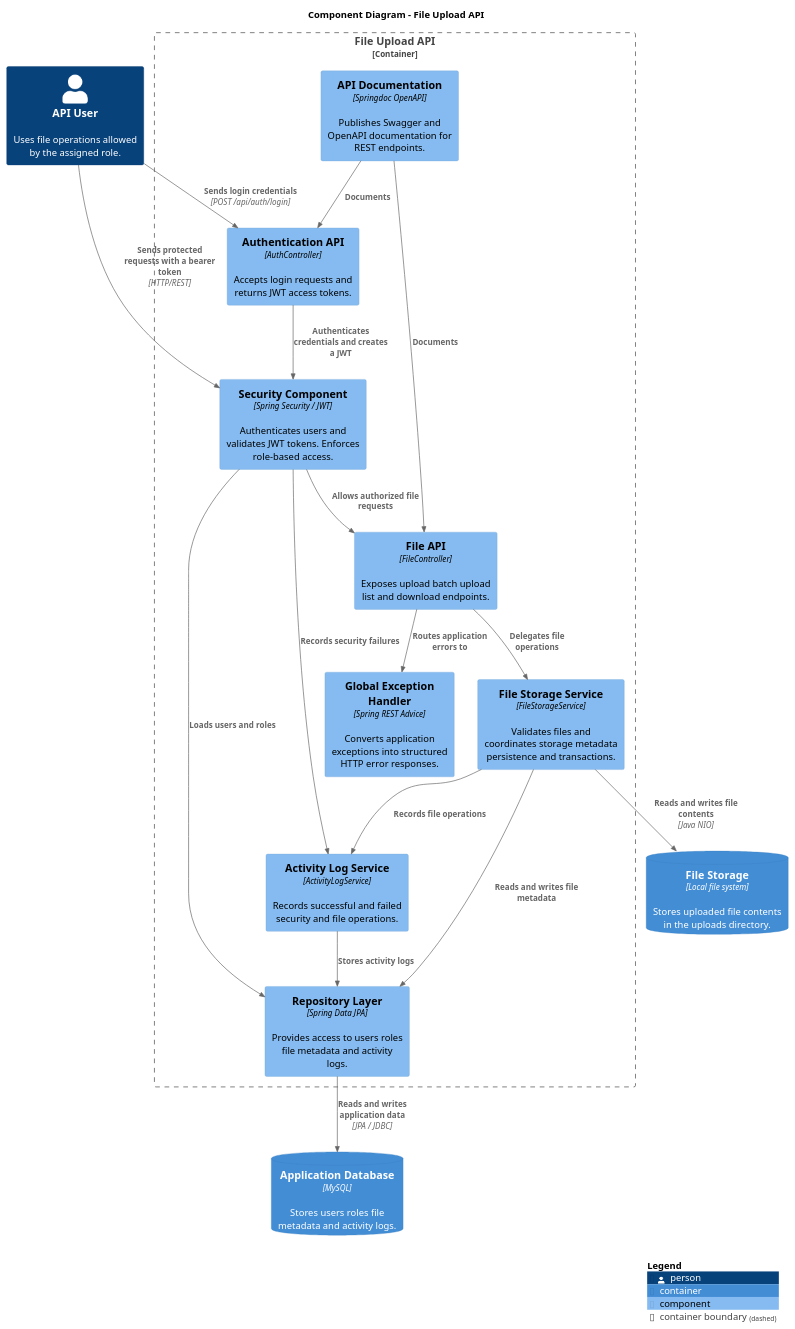
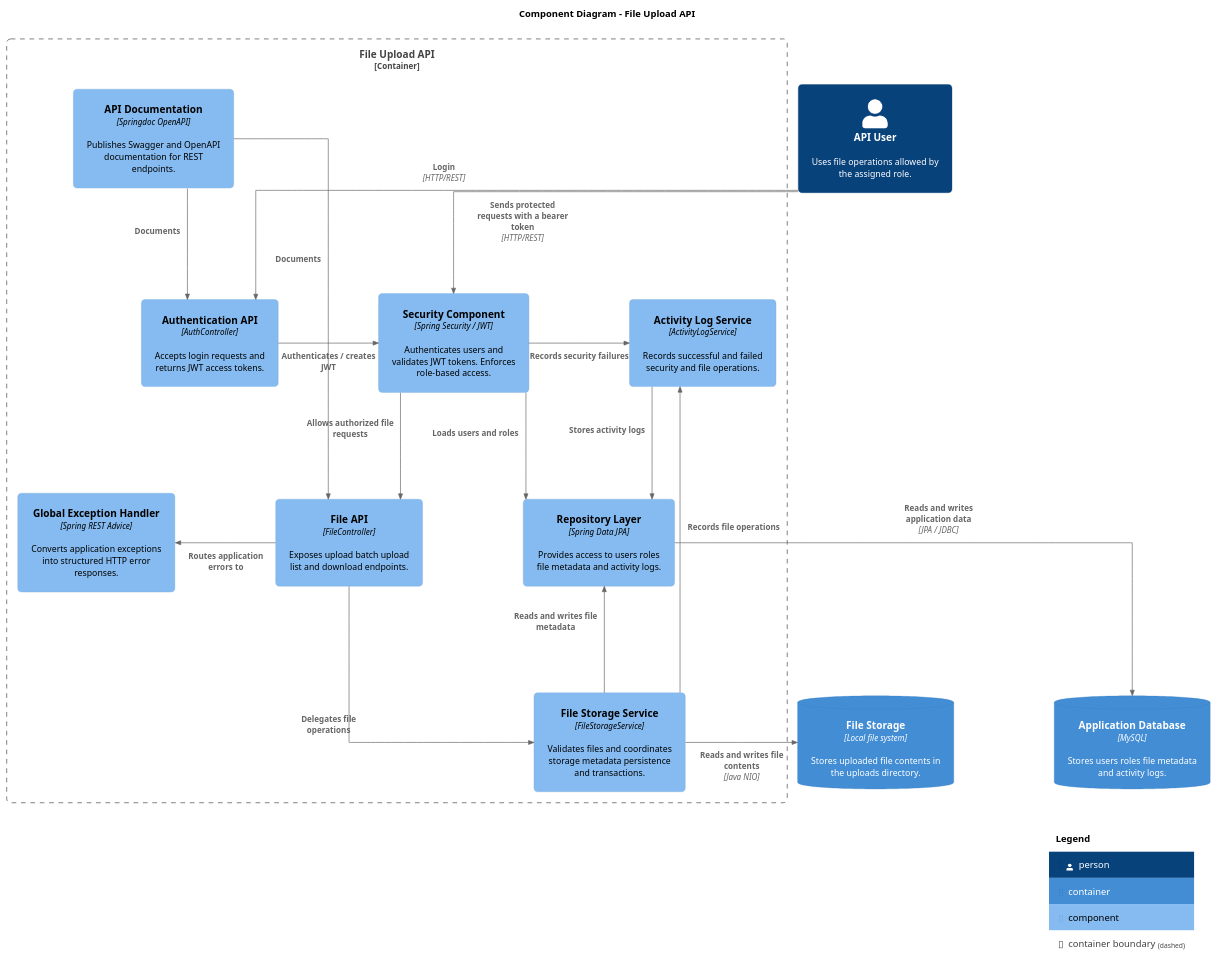
Before and after one commit to a-mart468/FileUpload: the diagram in docs/c4/03-component.puml, drawn with PlantUML. The commit also changed 3 other files, not shown here.

Commit message:
Improve C4 diagrams and update code view

```diff
--- a/docs/c4/03-component.puml
+++ b/docs/c4/03-component.puml
@@ -1,45 +1,60 @@
 @startuml
+
+skinparam linetype ortho
+skinparam shadowing false
+skinparam roundCorner 12
+
+skinparam nodesep 150
+skinparam ranksep 150
+skinparam padding 10
+
+skinparam defaultFontSize 13
+skinparam defaultTextAligment centrer
+
+skinparam Arrow{
+  Thickness 1
+}
 
 !include <C4/C4_Component>
 
 title Component Diagram - File Upload API
 
 LAYOUT_TOP_DOWN()
 
 Person(user, "API User", "Uses file operations allowed by the assigned role.")
 
 Container_Boundary(fileUploadApi, "File Upload API") {
 
     Component(authController, "Authentication API", "AuthController", "Accepts login requests and returns JWT access tokens.")
     Component(fileController, "File API", "FileController", "Exposes upload batch upload list and download endpoints.")
     Component(security, "Security Component", "Spring Security / JWT", "Authenticates users and validates JWT tokens. Enforces role-based access.",$link="04-code-security.puml")
     Component(fileStorageService, "File Storage Service", "FileStorageService", "Validates files and coordinates storage metadata persistence and transactions.")
     Component(activityLogService, "Activity Log Service", "ActivityLogService", "Records successful and failed security and file operations.")
     Component(repositories, "Repository Layer", "Spring Data JPA", "Provides access to users roles file metadata and activity logs.")
     Component(exceptionHandler, "Global Exception Handler", "Spring REST Advice", "Converts application exceptions into structured HTTP error responses.")
     Component(apiDocumentation, "API Documentation", "Springdoc OpenAPI", "Publishes Swagger and OpenAPI documentation for REST endpoints.")
 }
 
 ContainerDb(fileStorage, "File Storage", "Local file system", "Stores uploaded file contents in the uploads directory.")
 ContainerDb(database, "Application Database", "MySQL", "Stores users roles file metadata and activity logs.")
 
-Rel(user, authController, "Sends login credentials", "POST /api/auth/login")
-Rel(authController, security, "Authenticates credentials and creates a JWT")
-Rel(user, security, "Sends protected requests with a bearer token", "HTTP/REST")
-Rel(security, fileController, "Allows authorized file requests")
-Rel(security, repositories, "Loads users and roles")
-Rel(security, activityLogService, "Records security failures")
-Rel(fileController, fileStorageService, "Delegates file operations")
-Rel(fileController, exceptionHandler, "Routes application errors to")
-Rel(fileStorageService, fileStorage, "Reads and writes file contents", "Java NIO")
-Rel(fileStorageService, repositories, "Reads and writes file metadata")
-Rel(fileStorageService, activityLogService, "Records file operations")
+Rel_D(user, authController, "Login", "HTTP/REST")
+Rel_R(authController, security, "Authenticates / creates JWT")
+Rel_R(user, security, "Sends protected requests with a bearer token", "HTTP/REST")
+Rel_D(security, fileController, "Allows authorized file requests")
+Rel_L(security, repositories, "Loads users and roles")
+Rel_R(security, activityLogService, "Records security failures")
+Rel_D(fileController, fileStorageService, "Delegates file operations")
+Rel_L(fileController, exceptionHandler, "Routes application errors to")
+Rel_R(fileStorageService, fileStorage, "Reads and writes file contents", "Java NIO")
+Rel_L(fileStorageService, repositories, "Reads and writes file metadata")
+Rel_R(fileStorageService, activityLogService, "Records file operations")
 Rel(activityLogService, repositories, "Stores activity logs")
-Rel(repositories, database, "Reads and writes application data", "JPA / JDBC")
+Rel_D(repositories, database, "Reads and writes application data", "JPA / JDBC")
 Rel(apiDocumentation, authController, "Documents")
-Rel(apiDocumentation, fileController, "Documents")
+Rel_D(apiDocumentation, fileController, "Documents")
 
 
 SHOW_LEGEND()
 
 @enduml
```
